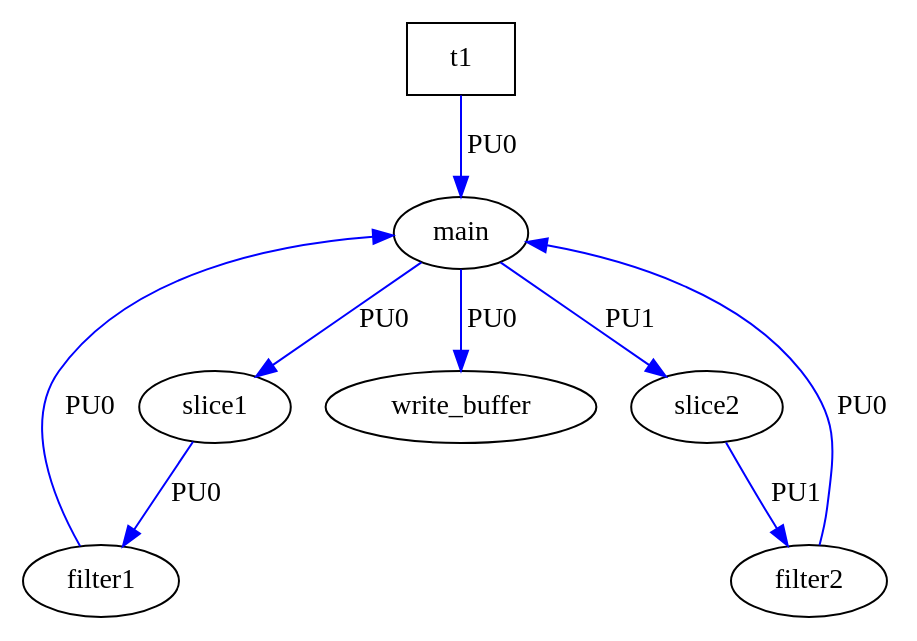
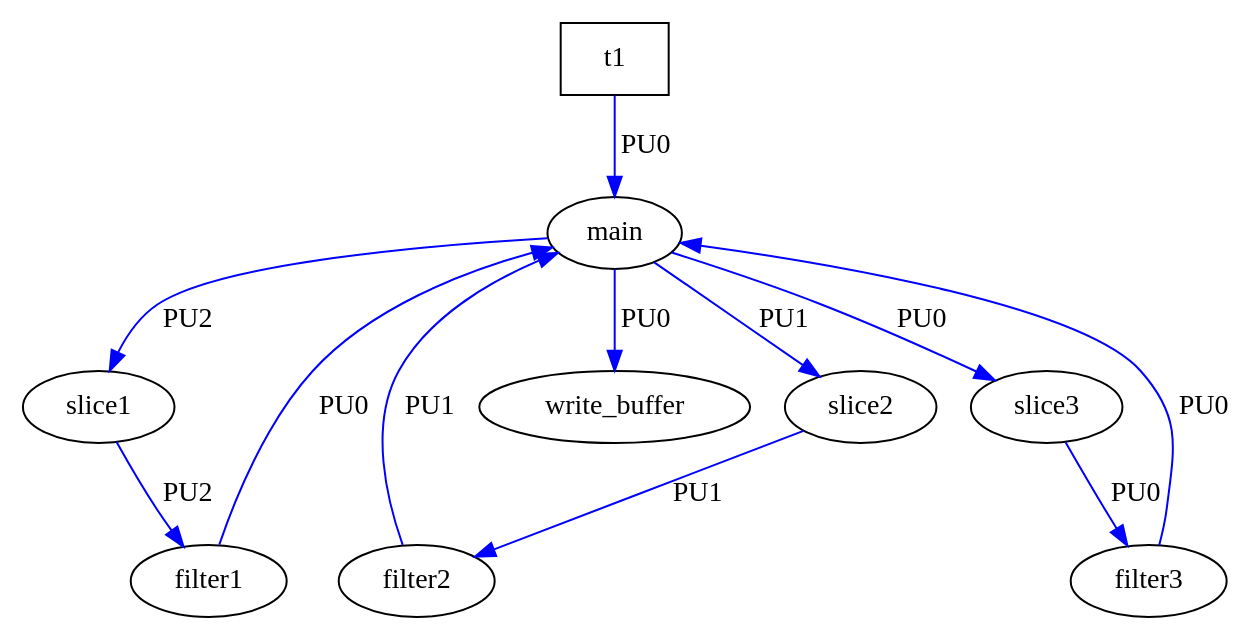
The diagram in graph.dot (samujoaz/ArchiDSE), drawn with Graphviz before and after one commit. The commit also changed 92 other files, not shown here.

```diff
--- a/graph.dot
+++ b/graph.dot
@@ -1,18 +1,23 @@
 digraph my_graph {
   overlap = scale;
    main[label="main"];
    slice1[label="slice1"];
    slice2[label="slice2"];
+   slice3[label="slice3"];
    filter1[label="filter1"];
    filter2[label="filter2"];
+   filter3[label="filter3"];
    write_buffer[label="write_buffer"];
    t1[label="t1",shape=box ];
    t1 -> main[label="PU0", color=blue];
-   main -> slice1[label="PU0", color=blue];
+   main -> slice1[label="PU2", color=blue];
    main -> slice2[label="PU1", color=blue];
-   slice1 -> filter1[label="PU0", color=blue];
+   main -> slice3[label="PU0", color=blue];
+   slice1 -> filter1[label="PU2", color=blue];
    slice2 -> filter2[label="PU1", color=blue];
+   slice3 -> filter3[label="PU0", color=blue];
    filter1 -> main[label="PU0", color=blue];
-   filter2 -> main[label="PU0", color=blue];
+   filter2 -> main[label="PU1", color=blue];
+   filter3 -> main[label="PU0", color=blue];
    main -> write_buffer[label="PU0", color=blue];
 }
```
